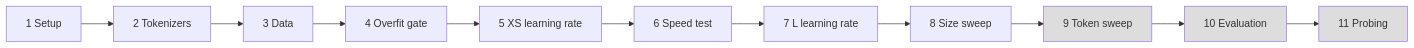
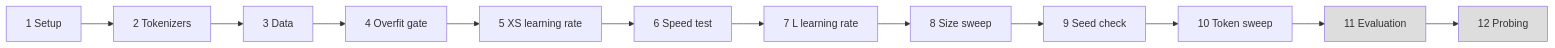
Before and after one commit to AshishSinha5/chess-lm: the diagram in results/EXPERIMENT_LOG.md, drawn with Mermaid. The commit also changed other lines of this file and 23 other files, not shown here.

First line of the commit message:
Log seed check and token sweep for M and L (G15, G16, G17)

````diff
--- a/results/EXPERIMENT_LOG.md
+++ b/results/EXPERIMENT_LOG.md
@@ -7,16 +7,16 @@
 ```mermaid
 flowchart LR
   A[1 Setup] --> B[2 Tokenizers]
   B --> C[3 Data]
   C --> D[4 Overfit gate]
   D --> E[5 XS learning rate]
   E --> F[6 Speed test]
   F --> G[7 L learning rate]
   G --> H[8 Size sweep]
-  H --> I[9 Token sweep]
-  I --> J[10 Evaluation]
-  J --> K[11 Probing]
-  style I fill:#ddd
+  H --> S[9 Seed check]
+  S --> I[10 Token sweep]
+  I --> J[11 Evaluation]
+  J --> K[12 Probing]
   style J fill:#ddd
   style K fill:#ddd
 ```
````
